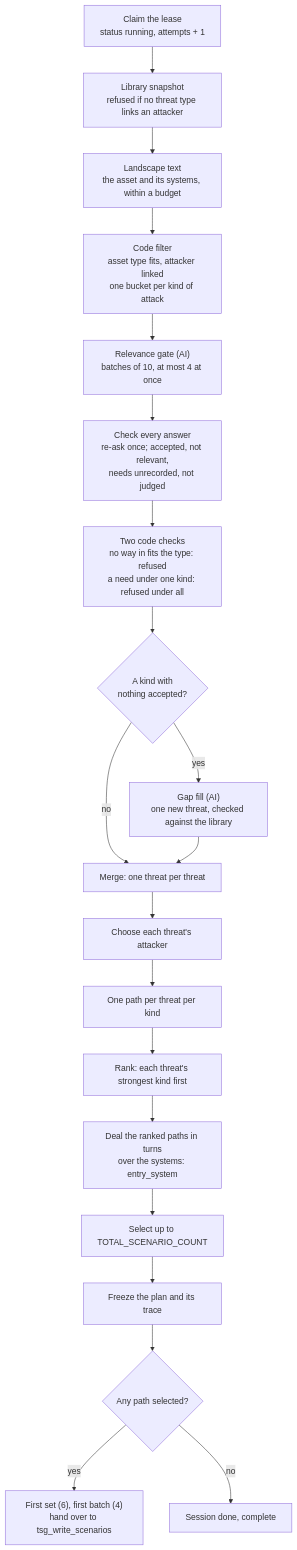
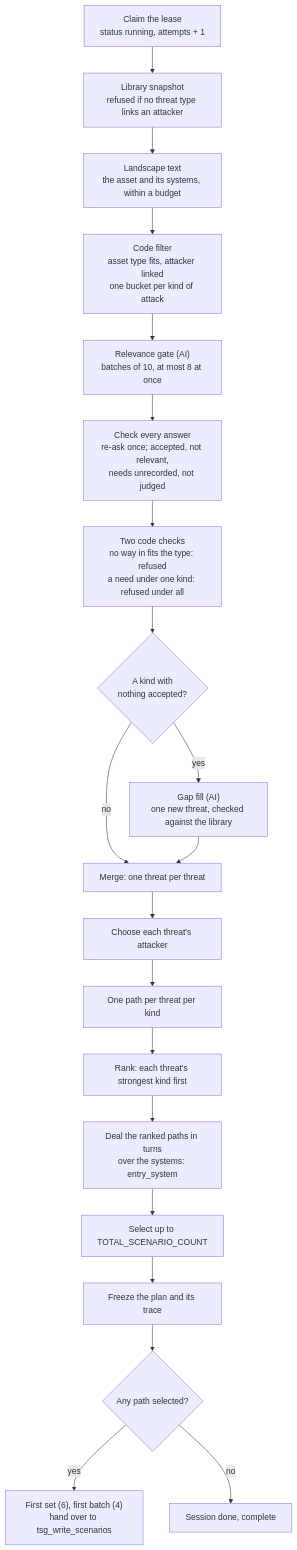
The fifth of 13 diagrams in docs/TSG_END_TO_END_FLOW.md (gopalchettri/cii), drawn with Mermaid before and after one commit. The commit also changed other lines of this file and 103 other files, not shown here.

````diff
--- a/docs/TSG_END_TO_END_FLOW.md
+++ b/docs/TSG_END_TO_END_FLOW.md
@@ -982,22 +994,22 @@
 ```mermaid
 flowchart TB
     A["Claim the lease<br/>status running, attempts + 1"] --> B["Library snapshot<br/>refused if no threat type links an attacker"]
     B --> C["Landscape text<br/>the asset and its systems, within a budget"]
     C --> D["Code filter<br/>asset type fits, attacker linked<br/>one bucket per kind of attack"]
-    D --> E["Relevance gate (AI)<br/>batches of 10, at most 4 at once"]
+    D --> E["Relevance gate (AI)<br/>batches of 10, at most 8 at once"]
     E --> F["Check every answer<br/>re-ask once; accepted, not relevant,<br/>needs unrecorded, not judged"]
     F --> G["Two code checks<br/>no way in fits the type: refused<br/>a need under one kind: refused under all"]
     G --> H{"A kind with<br/>nothing accepted?"}
     H -- yes --> I["Gap fill (AI)<br/>one new threat, checked against the library"]
     H -- no --> J["Merge: one threat per threat"]
     I --> J
     J --> K["Choose each threat's attacker"]
     K --> L["One path per threat per kind"]
     L --> N["Rank: each threat's strongest kind first"]
     N --> O["Deal the ranked paths in turns<br/>over the systems: entry_system"]
     O --> P["Select up to TOTAL_SCENARIO_COUNT"]
     P --> Q["Freeze the plan and its trace"]
     Q --> R{"Any path selected?"}
     R -- yes --> S["First set (6), first batch (4)<br/>hand over to tsg_write_scenarios"]
     R -- no --> T["Session done, complete"]
 ```
````
